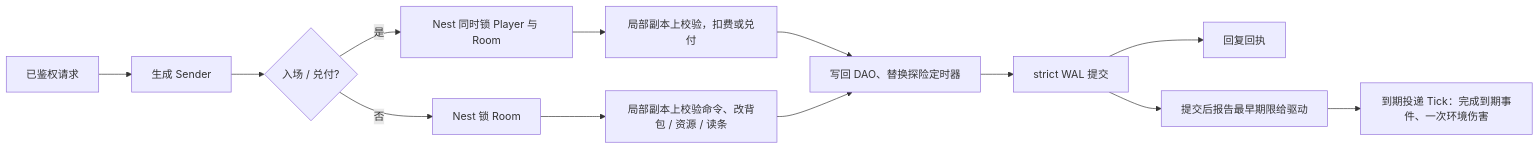
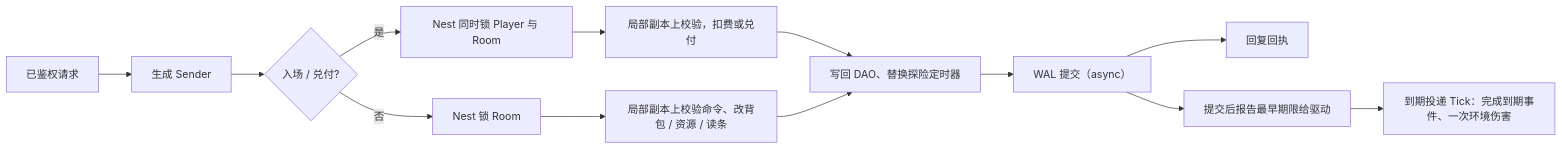
The first of 2 diagrams in docs/framework/SURVIVAL-EXTRACTION-INTEGRATION.md (tjbdwanghaibo/roost-core), drawn with Mermaid before and after one commit. The commit also changed other lines of this file and 87 other files, not shown here.

````diff
--- a/docs/framework/SURVIVAL-EXTRACTION-INTEGRATION.md
+++ b/docs/framework/SURVIVAL-EXTRACTION-INTEGRATION.md
@@ -30,15 +30,15 @@
 ```mermaid
 flowchart LR
     A[已鉴权请求] --> B[生成 Sender]
     B --> C{入场 / 兑付?}
     C -- 是 --> D[Nest 同时锁 Player 与 Room]
     C -- 否 --> E[Nest 锁 Room]
     D --> F[局部副本上校验，扣费或兑付]
     E --> F2[局部副本上校验命令、改背包 / 资源 / 读条]
     F --> G[写回 DAO、替换探险定时器]
     F2 --> G
-    G --> H[strict WAL 提交]
+    G --> H[WAL 提交（async）]
     H --> I[回复回执]
     H --> J[提交后报告最早期限给驱动]
     J --> K[到期投递 Tick：完成到期事件、一次环境伤害]
 ```
````
